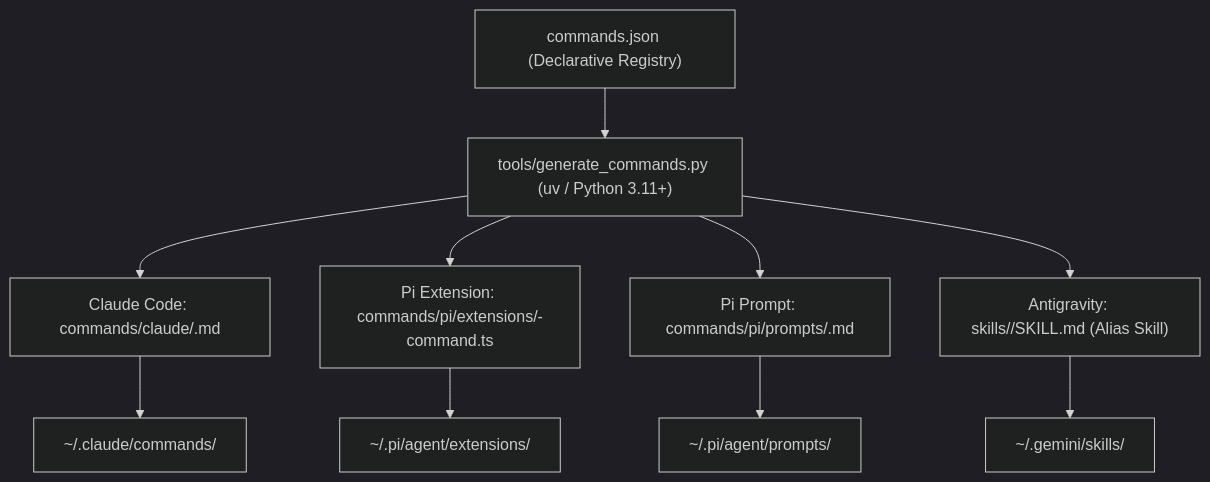
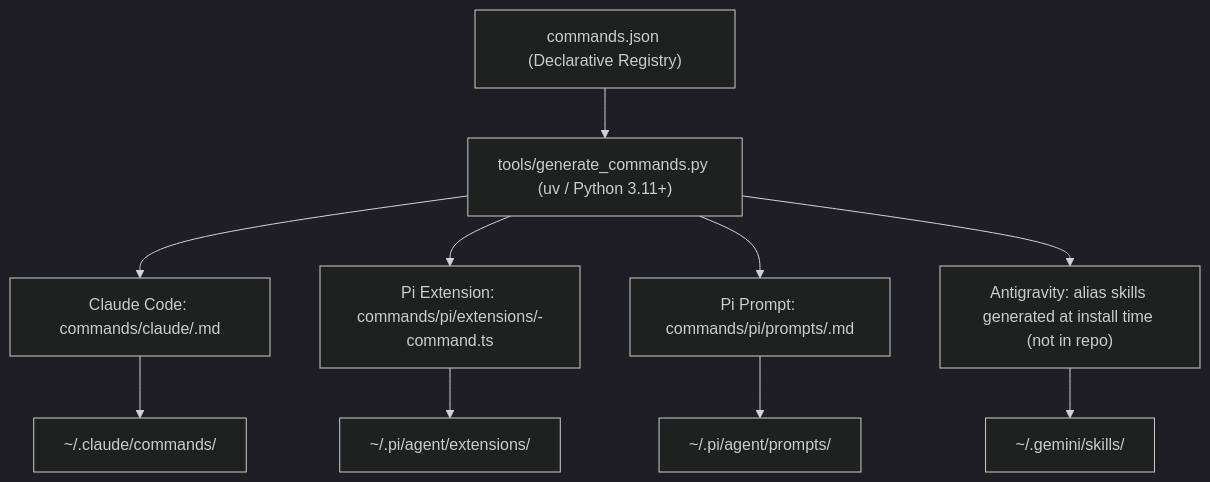
The diagram in docs/reference/slash-commands.md (shalomb/agent-skills), drawn with Mermaid (dark theme) before and after one commit. The commit also changed other lines of this file and 1 other file, not shown here.

First line of the commit message:
refactor(make): symlink skills by absolute path and slim targets

````diff
--- a/docs/reference/slash-commands.md
+++ b/docs/reference/slash-commands.md
@@ -13,13 +13,13 @@
 ```mermaid
 flowchart TD
     Registry["commands.json (Declarative Registry)"] --> Compiler["tools/generate_commands.py (uv / Python 3.11+)"]
     Compiler --> Claude["Claude Code: commands/claude/<name>.md"]
     Compiler --> PiExt["Pi Extension: commands/pi/extensions/<name>-command.ts"]
     Compiler --> PiPrm["Pi Prompt: commands/pi/prompts/<name>.md"]
-    Compiler --> Gemini["Antigravity: skills/<name>/SKILL.md (Alias Skill)"]
+    Compiler --> Gemini["Antigravity: alias skills generated at install time (not in repo)"]
 
     Claude --> ClaudeDeploy["~/.claude/commands/"]
     PiExt --> PiExtDeploy["~/.pi/agent/extensions/"]
     PiPrm --> PiPrmDeploy["~/.pi/agent/prompts/"]
     Gemini --> GeminiDeploy["~/.gemini/skills/"]
 ```
````
